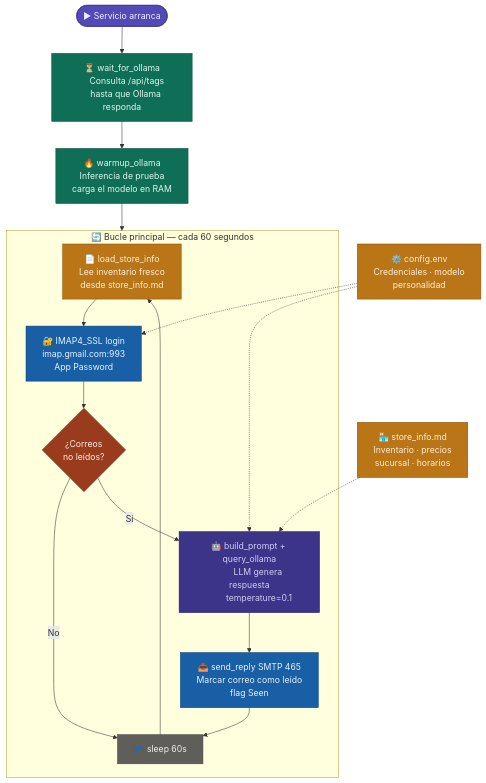
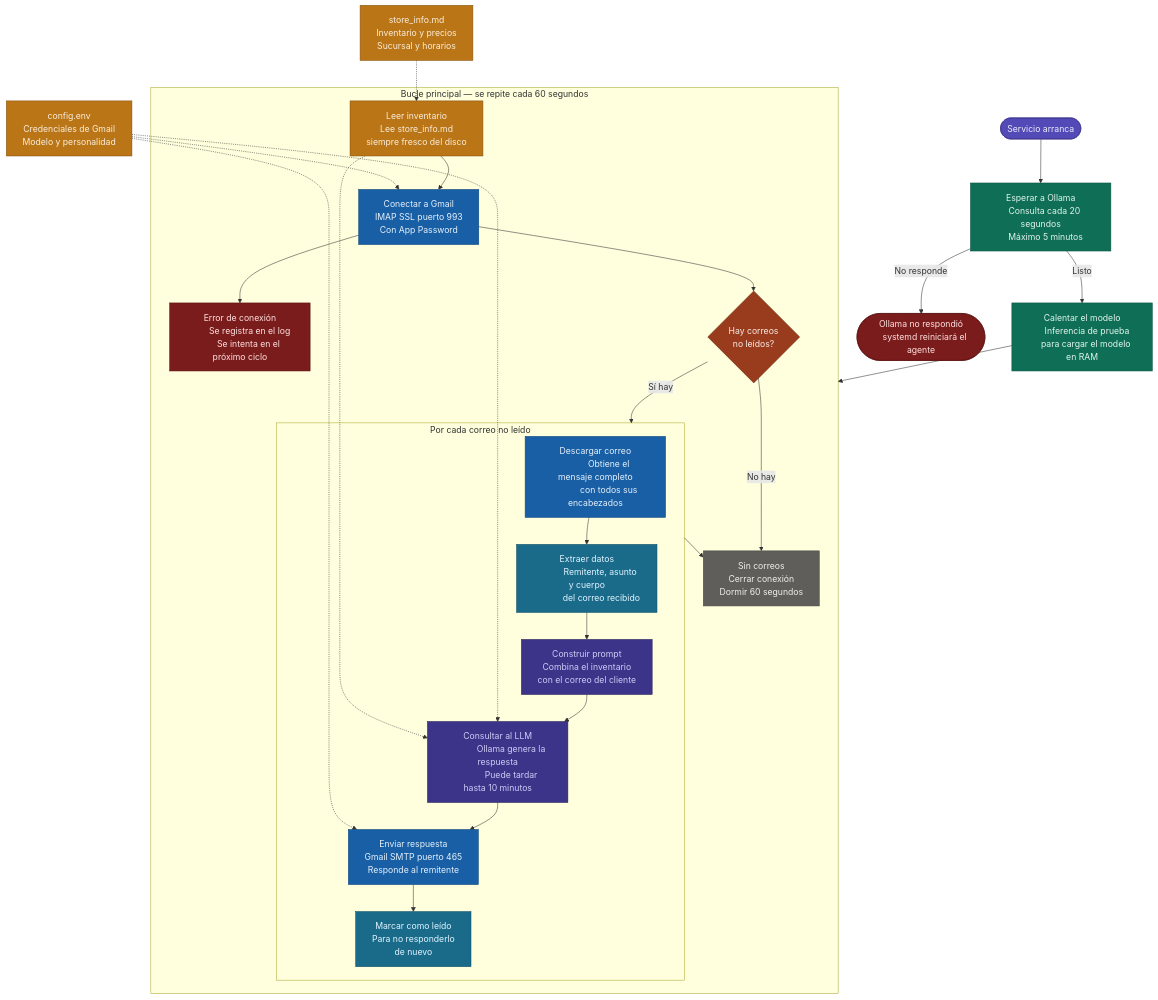
One commit to gaboprz/Embebidos-Minitaller-EAI changed the second of 2 diagrams in demostracion/diagramas.md. Above: the diagram before and after it, drawn with Mermaid. The commit also changed other lines of this file and 8 other files, not shown here.

````diff
--- a/demostracion/diagramas.md
+++ b/demostracion/diagramas.md
@@ -44,54 +45,86 @@
 ```mermaid
 flowchart TD
-    A(["▶ Servicio arranca"]):::start
+    A(["Servicio arranca"]):::start
 
-    B["⏳ wait_for_ollama
-    Consulta /api/tags
-    hasta que Ollama responda"]:::init
+    B["Esperar a Ollama
+    Consulta cada 20 segundos
+    Máximo 5 minutos"]:::init
 
-    C["🔥 warmup_ollama
+    BFAIL(["Ollama no respondió
+    systemd reiniciará el agente"]):::error
+
+    C["Calentar el modelo
     Inferencia de prueba
-    carga el modelo en RAM"]:::init
+    para cargar el modelo en RAM"]:::init
 
-    subgraph LOOP["🔄 Bucle principal — cada 60 segundos"]
-        D1["📄 load_store_info
-        Lee inventario fresco
-        desde store_info.md"]:::file
+    subgraph LOOP["Bucle principal — se repite cada 60 segundos"]
+        D1["Leer inventario
+        Lee store_info.md
+        siempre fresco del disco"]:::file
 
-        D2["🔐 IMAP4_SSL login
-        imap.gmail.com:993
-        App Password"]:::net
+        D2["Conectar a Gmail
+        IMAP SSL puerto 993
+        Con App Password"]:::net
 
-        D3{"¿Correos
+        D2FAIL["Error de conexión
+        Se registra en el log
+        Se intenta en el próximo ciclo"]:::error
+
+        D3{"Hay correos
         no leídos?"}:::decision
 
-        D4["💤 sleep 60s"]:::sleep
+        D4["Sin correos
+        Cerrar conexión
+        Dormir 60 segundos"]:::sleep
 
-        D5["🤖 build_prompt + query_ollama
-        LLM genera respuesta
-        temperature=0.1"]:::llm
+        subgraph FOREACH["Por cada correo no leído"]
+            E1["Descargar correo
+            Obtiene el mensaje completo
+            con todos sus encabezados"]:::net
+            E2["Extraer datos
+            Remitente, asunto y cuerpo
+            del correo recibido"]:::proc
+            E3["Construir prompt
+            Combina el inventario
+            con el correo del cliente"]:::llm
+            E4["Consultar al LLM
+            Ollama genera la respuesta
+            Puede tardar hasta 10 minutos"]:::llm
+            E5["Enviar respuesta
+            Gmail SMTP puerto 465
+            Responde al remitente"]:::net
+            E6["Marcar como leído
+            Para no responderlo
+            de nuevo"]:::proc
+            E1 --> E2 --> E3 --> E4 --> E5 --> E6
+        end
 
-        D6["📤 send_reply SMTP 465
-        Marcar correo como leído
-        flag Seen"]:::net
-
-        D1 --> D2 --> D3
-        D3 -- "No" --> D4 --> D1
-        D3 -- "Sí" --> D5 --> D6 --> D4
+        D1 --> D2
+        D2 --> D2FAIL
+        D2 --> D3
+        D3 -- "No hay" --> D4
+        D3 -- "Sí hay" --> FOREACH
+        FOREACH --> D4
     end
 
-    CONFIG["⚙️ config.env
-    Credenciales · modelo
-    personalidad"]:::file
+    CONFIG["config.env
+    Credenciales de Gmail
+    Modelo y personalidad"]:::file
 
-    STORE["🏪 store_info.md
-    Inventario · precios
-    sucursal · horarios"]:::file
+    STORE["store_info.md
+    Inventario y precios
+    Sucursal y horarios"]:::file
 
-    A --> B --> C --> LOOP
+    A --> B
+    B -- "No responde" --> BFAIL
+    B -- "Listo" --> C
+    C --> LOOP
+
     CONFIG -.-> D2
-    CONFIG -.-> D5
-    STORE  -.-> D5
+    CONFIG -.-> E4
+    CONFIG -.-> E5
+    STORE  -.-> D1
+    D1     -.-> E4
 
     classDef start    fill:#534AB7,stroke:#3C3489,color:#EEEDFE
     classDef init     fill:#0F6E56,stroke:#085041,color:#E1F5EE
@@ -100,4 +133,6 @@
     classDef file     fill:#BA7517,stroke:#854F0B,color:#FAEEDA
     classDef decision fill:#993C1D,stroke:#712B13,color:#FAECE7
     classDef sleep    fill:#5F5E5A,stroke:#444441,color:#F1EFE8
+    classDef proc     fill:#1A6B8A,stroke:#0E4D66,color:#E0F4FF
+    classDef error    fill:#7A1C1C,stroke:#5A1212,color:#FFE0E0
 ```
````
